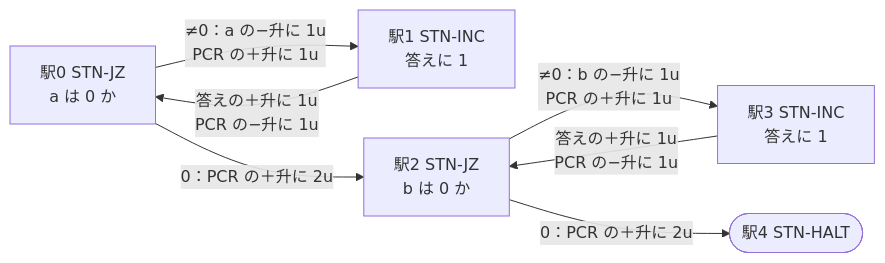
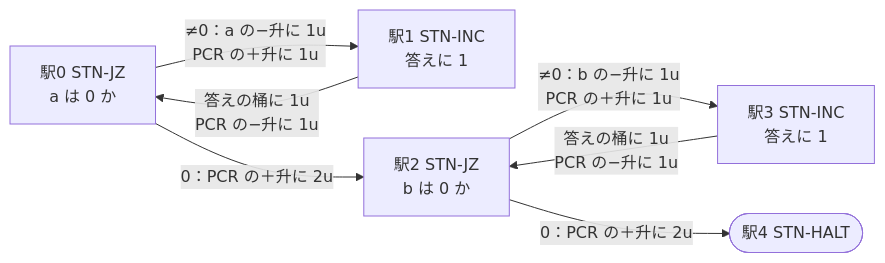
Before and after one commit to kuippa/Sakafune: the second of 2 diagrams in design/10_fall-model.md, drawn with Mermaid. The commit also changed other lines of this file and 4 other files, not shown here.

````diff
--- a/design/10_fall-model.md
+++ b/design/10_fall-model.md
@@ -158,15 +161,15 @@
 ```mermaid
 flowchart LR
   S0["駅0 STN-JZ<br/>a は 0 か"]
   S1["駅1 STN-INC<br/>答えに 1"]
   S2["駅2 STN-JZ<br/>b は 0 か"]
   S3["駅3 STN-INC<br/>答えに 1"]
   S4(["駅4 STN-HALT"])
 
   S0 -->|"≠0：a の−升に 1u<br/>PCR の＋升に 1u"| S1
-  S1 -->|"答えの＋升に 1u<br/>PCR の−升に 1u"| S0
+  S1 -->|"答えの桶に 1u<br/>PCR の−升に 1u"| S0
   S0 -->|"0：PCR の＋升に 2u"| S2
   S2 -->|"≠0：b の−升に 1u<br/>PCR の＋升に 1u"| S3
-  S3 -->|"答えの＋升に 1u<br/>PCR の−升に 1u"| S2
+  S3 -->|"答えの桶に 1u<br/>PCR の−升に 1u"| S2
   S2 -->|"0：PCR の＋升に 2u"| S4
 ```
````
